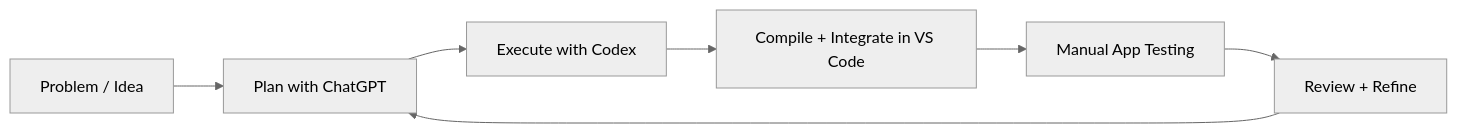
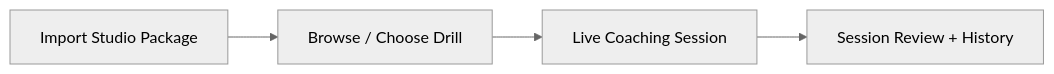
One commit to Voycepeh/CaliVision changed the second of 5 diagrams in README.md. Above: the diagram before and after it, drawn with Mermaid (neutral theme). The commit also changed other lines of this file and 10 other files, not shown here.

Commit message:
docs: add boundary and transition diagrams to README

````diff
--- a/README.md
+++ b/README.md
@@ -26,11 +52,9 @@
 ```mermaid
 flowchart LR
-    IDEA[Problem / Idea]
-    PLAN[Plan with ChatGPT]
-    EXEC[Execute with Codex]
-    BUILD[Compile + Integrate in VS Code]
-    TEST[Manual App Testing]
-    REVIEW[Review + Refine]
+    IMPORT[Import Studio Package]
+    BROWSE[Browse / Choose Drill]
+    LIVE[Live Coaching Session]
+    REVIEW[Session Review + History]
 
-    IDEA --> PLAN --> EXEC --> BUILD --> TEST --> REVIEW --> PLAN
+    IMPORT --> BROWSE --> LIVE --> REVIEW
 ```
````
